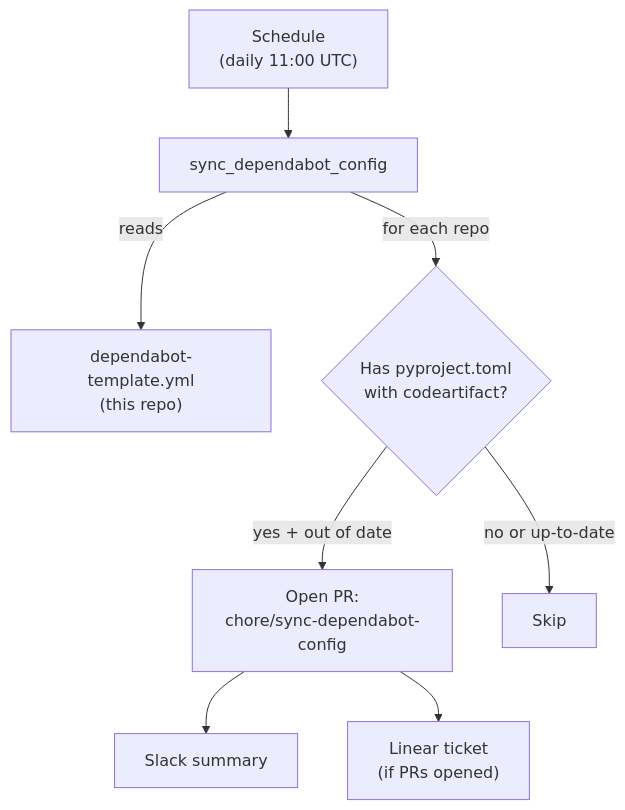
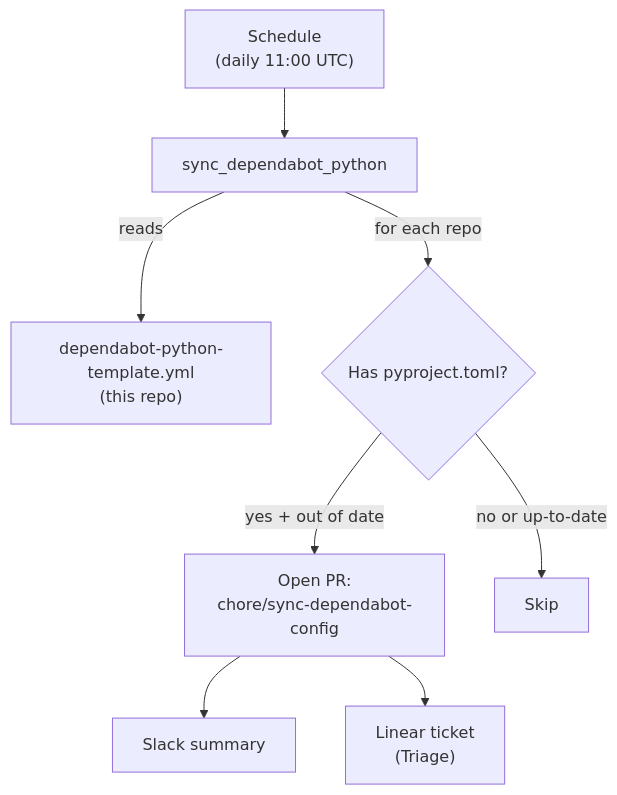
The fourth of 4 diagrams in README.md (amera-apps/.github), drawn with Mermaid before and after one commit. The commit also changed other lines of this file and 1 other file, not shown here.

First line of the commit message:
feat(ci): route Linear tickets to Triage and update README

````diff
--- a/README.md
+++ b/README.md
@@ -135,10 +136,10 @@
 ```mermaid
 graph TD
-    Cron["Schedule\n(daily 11:00 UTC)"] --> Sync[sync_dependabot_config]
-    Sync -->|"reads"| Template["dependabot-template.yml\n(this repo)"]
-    Sync -->|"for each repo"| Check{"Has pyproject.toml\nwith codeartifact?"}
+    Cron["Schedule\n(daily 11:00 UTC)"] --> Sync[sync_dependabot_python]
+    Sync -->|"reads"| Template["dependabot-python-template.yml\n(this repo)"]
+    Sync -->|"for each repo"| Check{"Has pyproject.toml?"}
     Check -->|"yes + out of date"| PR["Open PR:\nchore/sync-dependabot-config"]
     Check -->|"no or up-to-date"| Skip[Skip]
     PR --> Slack["Slack summary"]
-    PR --> Linear["Linear ticket\n(if PRs opened)"]
+    PR --> Linear["Linear ticket\n(Triage)"]
 ```
````
